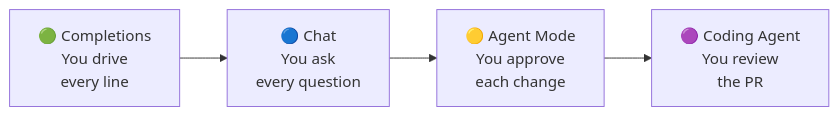
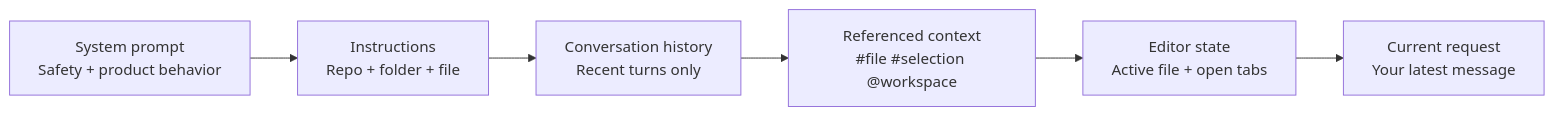
Before and after one commit to tammym-demos/ghcp-agentic-hack: the first of 4 diagrams in workshops/copilot-dev-agentic/copilot-dev-agentic.slidev.md, drawn with Mermaid. The commit also changed other lines of this file and 20 other files, not shown here.

````diff
--- a/workshops/copilot-dev-agentic/copilot-dev-agentic.slidev.md
+++ b/workshops/copilot-dev-agentic/copilot-dev-agentic.slidev.md
@@ -155,6 +71,8 @@
-```mermaid {scale: 0.6}
+```mermaid {scale: 0.65}
 graph LR
-    A["🟢 Completions<br/>You drive<br/>every line"] --> B["🔵 Chat<br/>You ask<br/>every question"]
-    B --> C["🟡 Agent Mode<br/>You approve<br/>each change"]
-    C --> D["🟣 Coding Agent<br/>You review<br/>the PR"]
+    A["System prompt<br/>Safety + product behavior"] --> B["Instructions<br/>Repo + folder + file"]
+    B --> C["Conversation history<br/>Recent turns only"]
+    C --> D["Referenced context<br/>#file #selection @workspace"]
+    D --> E["Editor state<br/>Active file + open tabs"]
+    E --> F["Current request<br/>Your latest message"]
 ```
````
